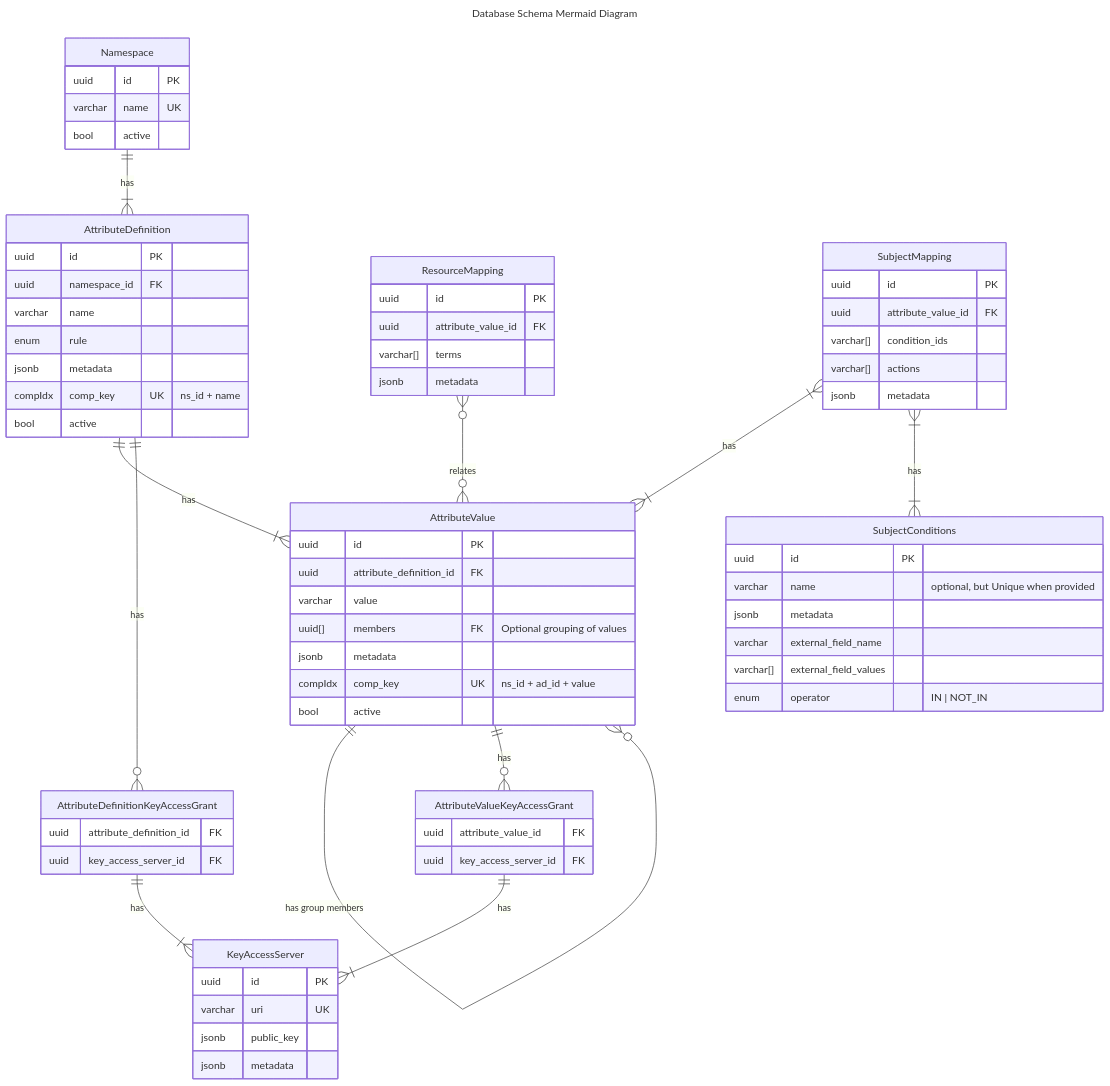
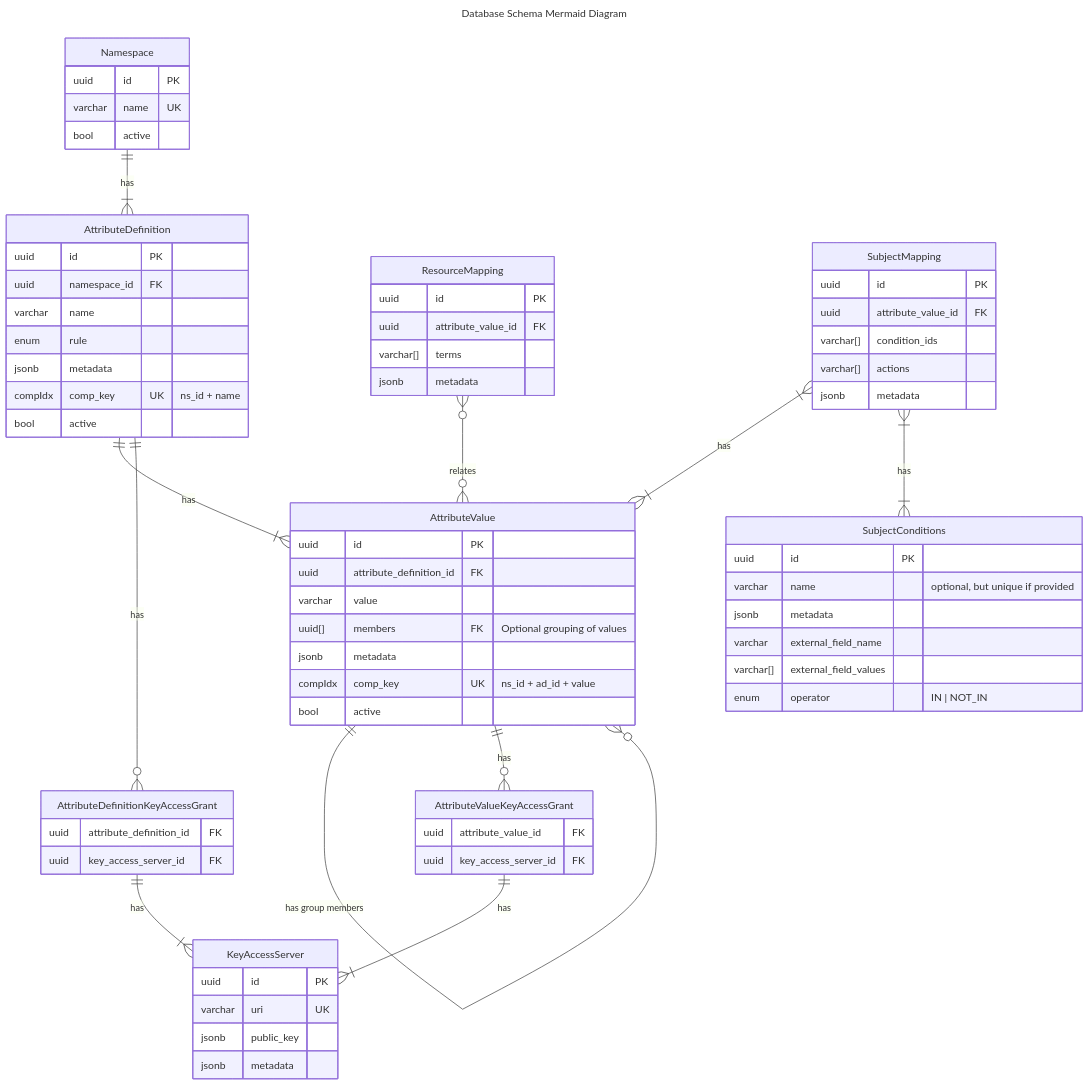
Before and after one commit to opentdf/platform: the diagram in migrations/20240228000000_schema_erd.md, drawn with Mermaid.

Commit message:
add updated schema proposal

```diff
--- a/migrations/20240228000000_schema_erd.md
+++ b/migrations/20240228000000_schema_erd.md
@@ -5,7 +5,7 @@
 title: Database Schema Mermaid Diagram
 nodes: |
   This schema reflects the addition of SubjectConditions, which map external fields and values, like those
-  provided in the context received about a user from an Identity Provider (idP) to an Attribute Value
+  provided in the context received about a subject/user from an Identity Provider (idP) to an Attribute Value
   by way of a SubjectMapping. An Attribute Value will relate to one or more SubjectMappings with an
   'AND' relationship, and a SubjectMapping will have one or more SubjectConditions with an 'AND' relationship. If an 'OR' boolean relationship is needed, the policy administrator is recommended to utilize
   the 'ANY_OF' Attribute Definition rule and multiple Attribute Values with their own individual
@@ -13,13 +13,13 @@
 
   Following this schema, a SubjectCondition for a company "division" of "engineering" or "product" could
   be reused across multiple SubjectMappings. On its own, that SubjectCondition would contextualize an
-  Attribute Value for "R & D". However, in a SubjectMapping combining it with a second
+  Attribute Value for something like "R & D". However, in a SubjectMapping including it with a second
   SubjectCondition containing the external_field_name "title" and the external_field_values "executive",
   they would contextualize the mapped Attribute Value as essentially "R & D Executives".
 
   If the intended ABAC behavior was instead "R&D" _OR_ "Executives", the implementation would be an Attribute
   Definition with the rule 'ANY_OF' containing two separate Attribute Values, where each had a distinct
-  SubjectMapping to the independent SubjectConditions. 
+  SubjectMapping to one or the other of the independent SubjectConditions.
 
   Note: a name is optionally provided as a column on SubjectConditions (and constrained to be unique
   when provided) so that SubjectConditions can be more easily reused across varying SubjectMappings
@@ -97,7 +97,7 @@
 
     SubjectConditions {
         uuid            id                              PK
-        varchar         name                    "optional, but Unique when provided"
+        varchar         name                    "optional, but unique if provided"
         jsonb           metadata
         varchar         external_field_name
         varchar[]       external_field_values
```
